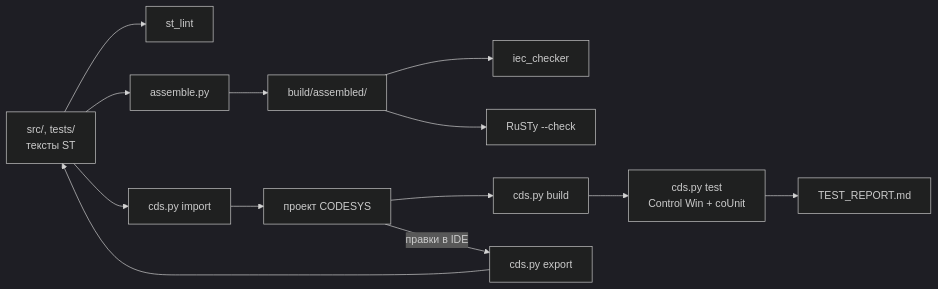
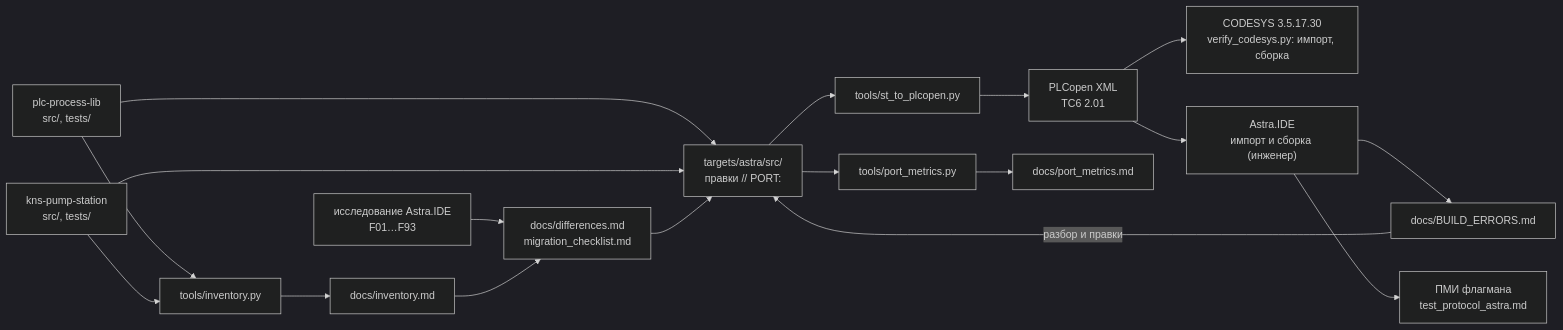
One commit to kr0nsch/kns-port-domestic changed the diagram in README.md. Above: the diagram before and after it, drawn with Mermaid (dark theme). The commit also changed other lines of this file and 15 other files, not shown here.

Commit message:
docs: различия CODESYS и Astra.IDE, чек-лист миграции, цикл BUILD_ERRORS, протокол испытаний

````diff
--- a/README.md
+++ b/README.md
@@ -17,10 +39,16 @@
 ```mermaid
 flowchart LR
-    src["src/, tests/<br/>тексты ST"] --> lint["st_lint"]
-    src --> asm["assemble.py"] --> built["build/assembled/"]
-    built --> iec["iec_checker"]
-    built --> rusty["RuSTy --check"]
-    src --> imp["cds.py import"] --> proj["проект CODESYS"]
-    proj --> bld["cds.py build"] --> tst["cds.py test<br/>Control Win + coUnit"] --> rep["TEST_REPORT.md"]
-    proj -- "правки в IDE" --> exp["cds.py export"] --> src
+    lib["plc-process-lib<br/>src/, tests/"] --> inv["tools/inventory.py"] --> invmd["docs/inventory.md"]
+    kns["kns-pump-station<br/>src/, tests/"] --> inv
+    res["исследование Astra.IDE<br/>F01…F93"] --> diff["docs/differences.md<br/>migration_checklist.md"]
+    invmd --> diff
+    lib --> astra["targets/astra/src/<br/>правки // PORT:"]
+    kns --> astra
+    diff --> astra
+    astra --> conv["tools/st_to_plcopen.py"] --> xml["PLCopen XML<br/>TC6 2.01"]
+    xml --> cds["CODESYS 3.5.17.30<br/>verify_codesys.py: импорт, сборка"]
+    xml --> ide["Astra.IDE<br/>импорт и сборка (инженер)"]
+    ide --> be["docs/BUILD_ERRORS.md"] -- "разбор и правки" --> astra
+    astra --> pm["tools/port_metrics.py"] --> pmmd["docs/port_metrics.md"]
+    ide --> pmi["ПМИ флагмана<br/>test_protocol_astra.md"]
 ```
````
